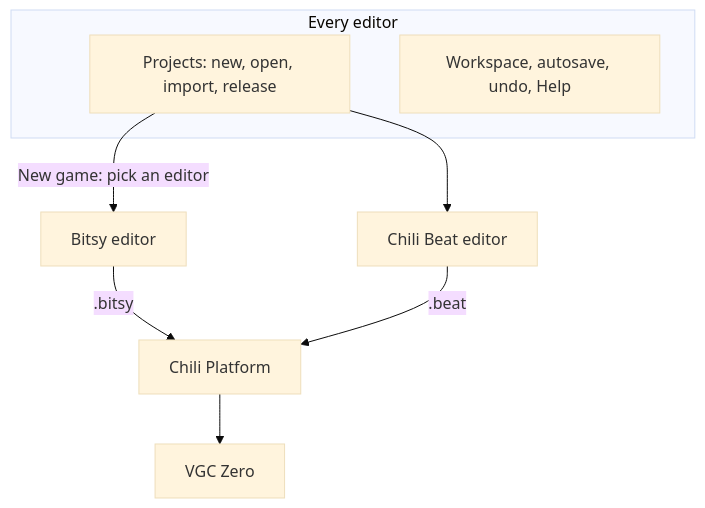
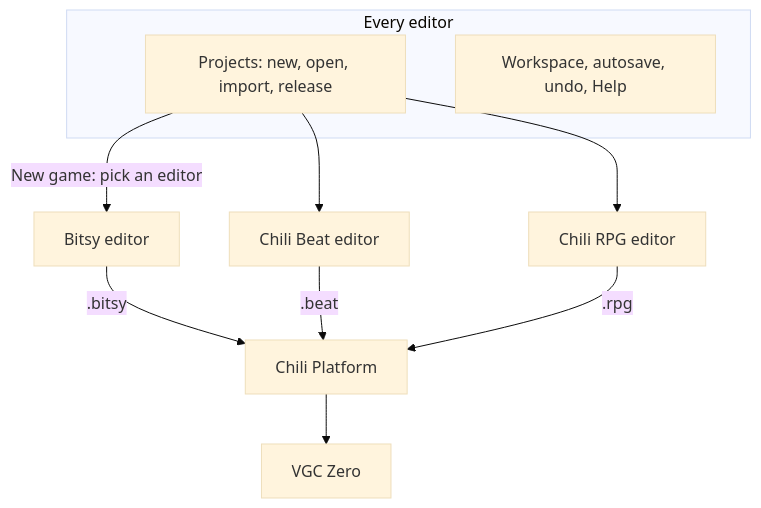
Before and after one commit to chili-chip/chili-creator: the diagram in docs/index.md, drawn with Mermaid (base theme). The commit also changed other lines of this file and 38 other files, not shown here.

First line of the commit message:
Chili RPG: agent tools, Lost Ring tutorial and docs

````diff
--- a/docs/index.md
+++ b/docs/index.md
@@ -45,12 +50,14 @@
 ```mermaid
 flowchart TB
   subgraph Shared["Every editor"]
     P[Projects: new, open, import, release]
     W[Workspace, autosave, undo, Help]
   end
   P -- New game: pick an editor --> B[Bitsy editor]
   P --> C[Chili Beat editor]
+  P --> R[Chili RPG editor]
   B -- .bitsy --> Platform[Chili Platform]
   C -- .beat --> Platform
+  R -- .rpg --> Platform
   Platform --> Console[VGC Zero]
 ```
````
